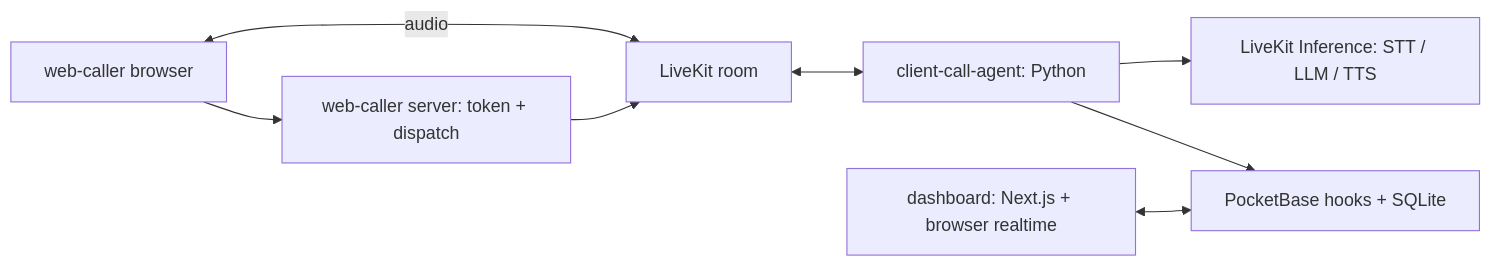
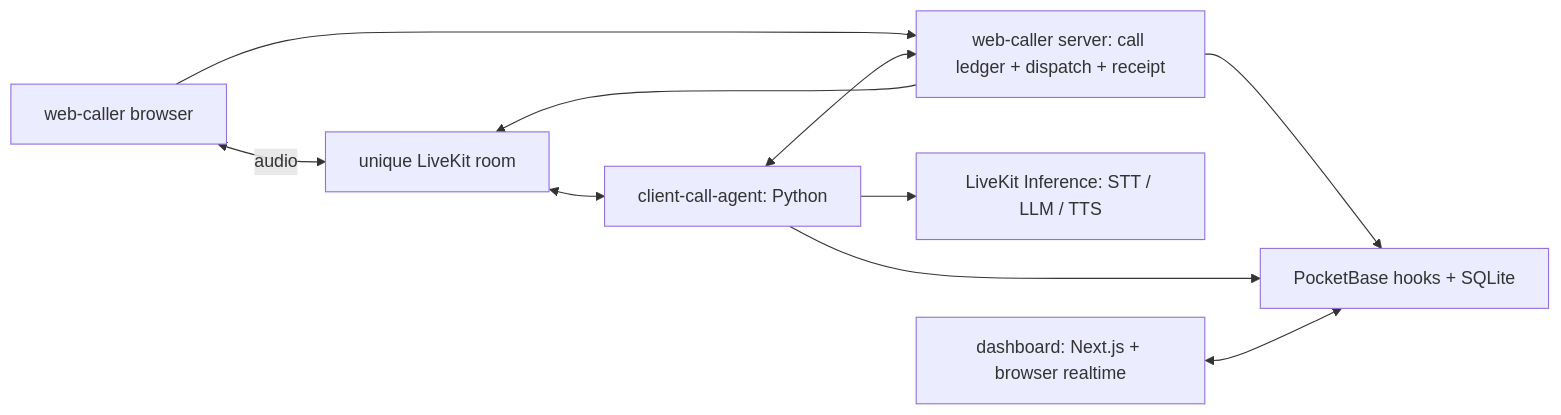
The diagram in README.md (david-guerra/Yoshida), drawn with Mermaid before and after one commit. The commit also changed other lines of this file and 30 other files, not shown here.

Commit message:
Complete browser voice booking flow (#39)

````diff
--- a/README.md
+++ b/README.md
@@ -21,10 +21,12 @@
 ```mermaid
 flowchart LR
-    Caller[web-caller browser] <-->|audio| Room[LiveKit room]
-    Caller --> Token[web-caller server: token + dispatch]
-    Token --> Room
+    Caller[web-caller browser] <-->|audio| Room[unique LiveKit room]
+    Caller --> CallServer[web-caller server: call ledger + dispatch + receipt]
+    CallServer --> Room
     Room <--> Agent[client-call-agent: Python]
+    Agent <--> CallServer
     Agent --> Inference[LiveKit Inference: STT / LLM / TTS]
-    Agent --> PB[PocketBase hooks + SQLite]
+    CallServer --> PB[PocketBase hooks + SQLite]
+    Agent --> PB
     Dashboard[dashboard: Next.js + browser realtime] <--> PB
 ```
````
